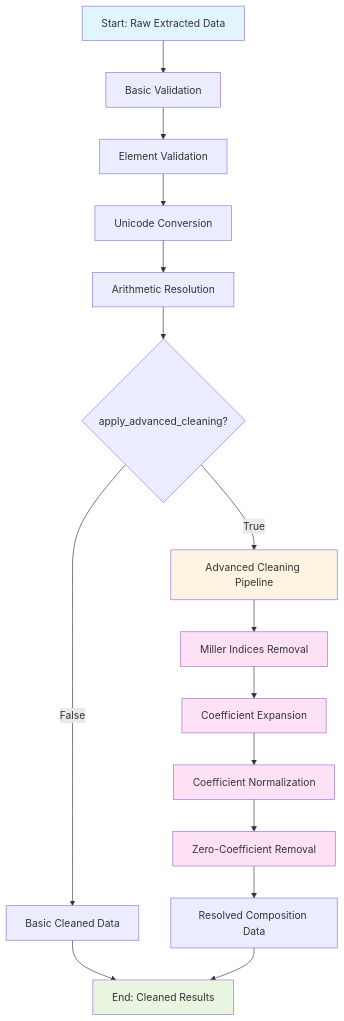
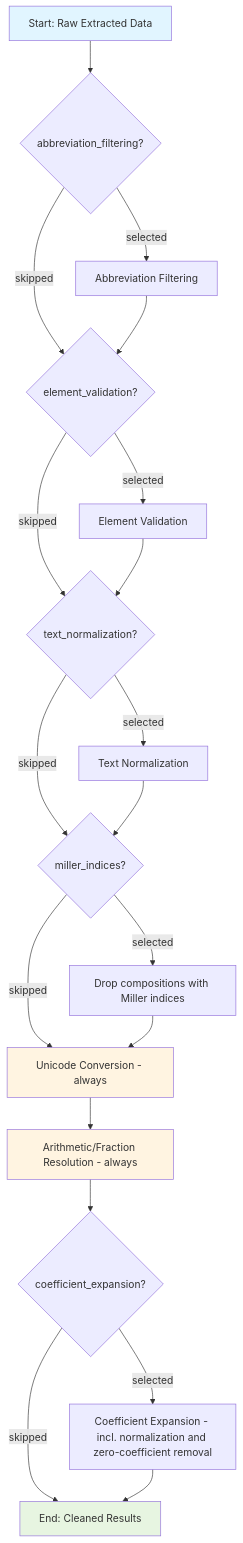
One commit to slimeslab/ComProScanner changed the diagram in docs/usage/data-cleaning.md. Above: the diagram before and after it, drawn with Mermaid. The commit also changed other lines of this file and 7 other files, not shown here.

Commit message:
refactor: replace cleaning_strategy/apply_advanced_cleaning with a unified cleaning_steps parameter

````diff
--- a/docs/usage/data-cleaning.md
+++ b/docs/usage/data-cleaning.md
@@ -69,28 +73,26 @@
 ```mermaid
 graph TD
-    A[Start: Raw Extracted Data] --> B[Basic Validation]
-    B --> C[Element Validation]
-    C --> D[Unicode Conversion]
-    D --> E[Arithmetic Resolution]
-    E --> F{apply_advanced_cleaning?}
-
-    F -->|True| G[Advanced Cleaning Pipeline]
-    F -->|False| M[Basic Cleaned Data]
-
-    G --> H[Miller Indices Removal]
-    H --> I[Coefficient Expansion]
-    I --> J[Coefficient Normalization]
-    J --> K[Zero-Coefficient Removal]
-    K --> L[Resolved Composition Data]
-
-    M --> N[End: Cleaned Results]
-    L --> N
+    A[Start: Raw Extracted Data] --> B{abbreviation_filtering?}
+    B -->|selected| B1[Abbreviation Filtering]
+    B -->|skipped| C
+    B1 --> C{element_validation?}
+    C -->|selected| C1[Element Validation]
+    C -->|skipped| D
+    C1 --> D{text_normalization?}
+    D -->|selected| D1[Text Normalization]
+    D -->|skipped| M
+    D1 --> M{miller_indices?}
+    M -->|selected| M1[Drop compositions with Miller indices]
+    M -->|skipped| F
+    M1 --> F[Unicode Conversion - always]
+    F --> G[Arithmetic/Fraction Resolution - always]
+    G --> I{coefficient_expansion?}
+    I -->|selected| I1[Coefficient Expansion - incl. normalization and zero-coefficient removal]
+    I -->|skipped| J
+    I1 --> J[End: Cleaned Results]
 
     style A fill:#e1f5ff
-    style N fill:#e7f5e1
+    style J fill:#e7f5e1
+    style F fill:#fff4e1
     style G fill:#fff4e1
-    style H fill:#ffe1f5
-    style I fill:#ffe1f5
-    style J fill:#ffe1f5
-    style K fill:#ffe1f5
 ```
````
